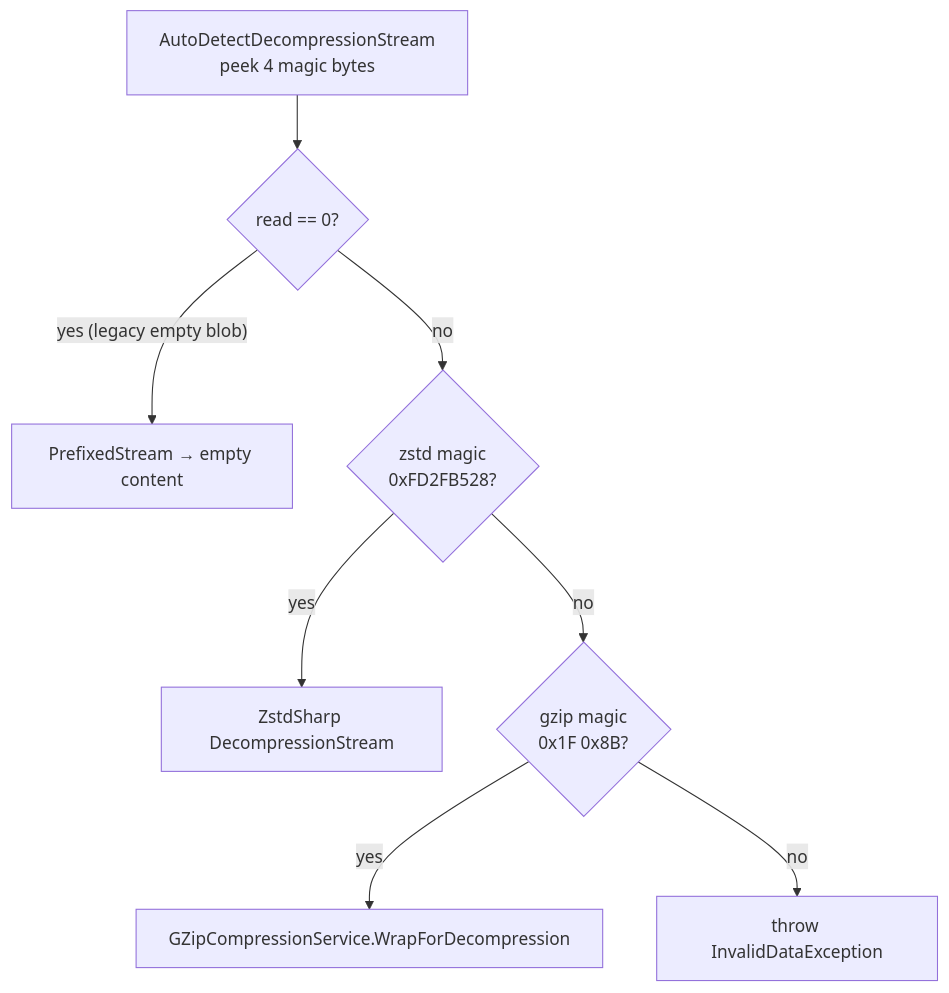
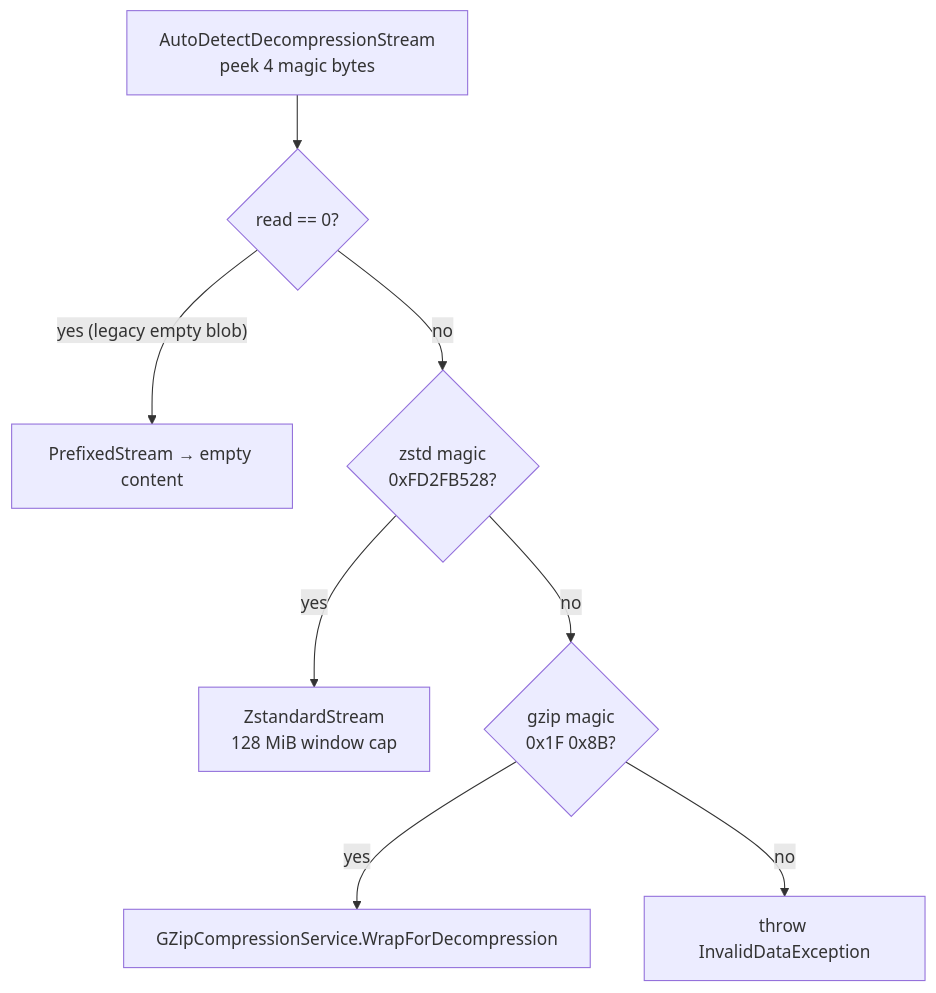
One commit to woutervanranst/Arius7 changed the diagram in docs/design/core/shared/compression.md. Above: the diagram before and after it, drawn with Mermaid. The commit also changed other lines of this file and 18 other files, not shown here.

````diff
--- a/docs/design/core/shared/compression.md
+++ b/docs/design/core/shared/compression.md
@@ -23,10 +23,10 @@
 ```mermaid
 flowchart TD
     R["AutoDetectDecompressionStream<br/>peek 4 magic bytes"] --> E{read == 0?}
     E -- "yes (legacy empty blob)" --> P["PrefixedStream → empty content"]
     E -- no --> Z{zstd magic<br/>0xFD2FB528?}
-    Z -- yes --> ZD["ZstdSharp DecompressionStream"]
+    Z -- yes --> ZD["ZstandardStream<br/>128 MiB window cap"]
     Z -- no --> G{gzip magic<br/>0x1F 0x8B?}
     G -- yes --> GD["GZipCompressionService.WrapForDecompression"]
     G -- no --> X["throw InvalidDataException"]
 ```
````
